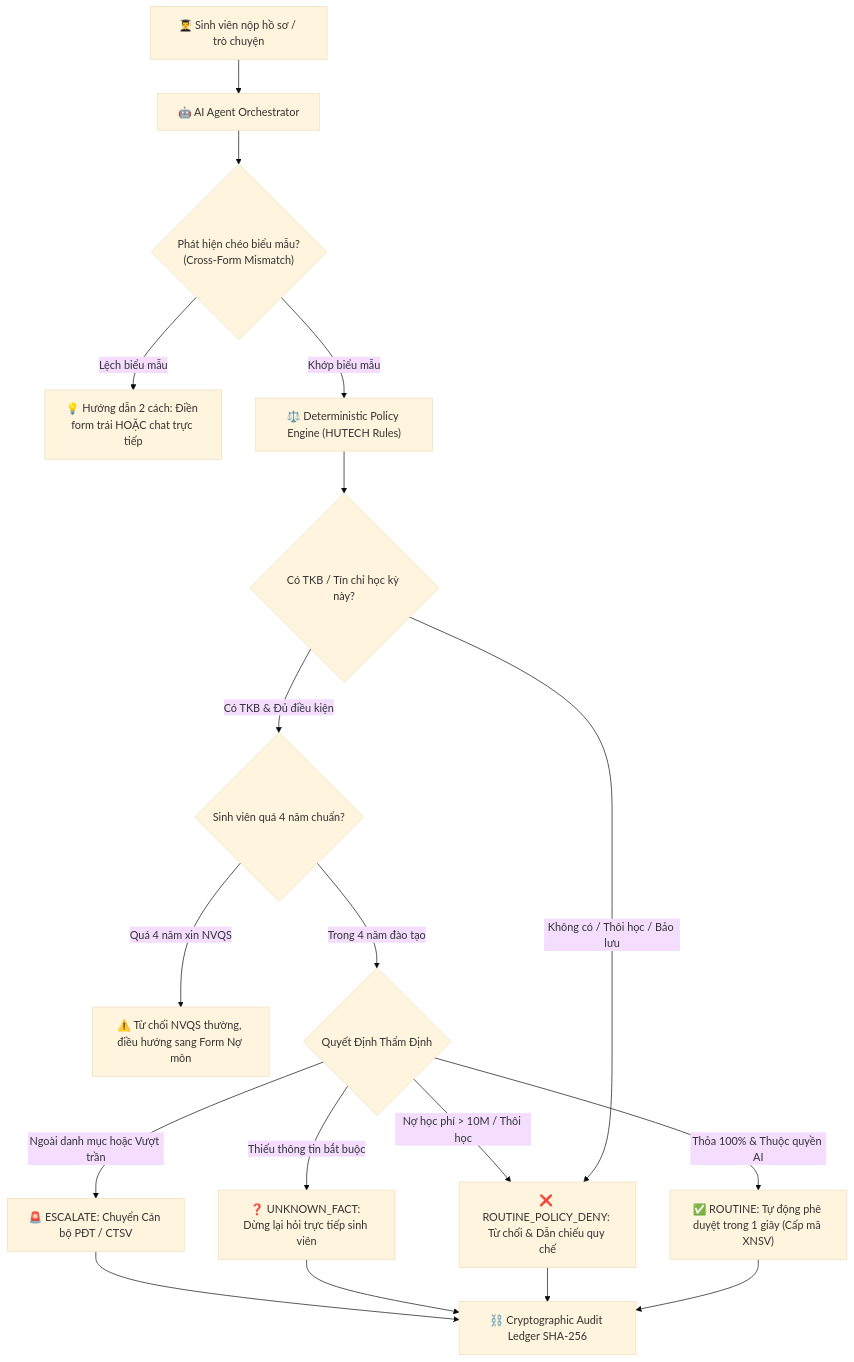
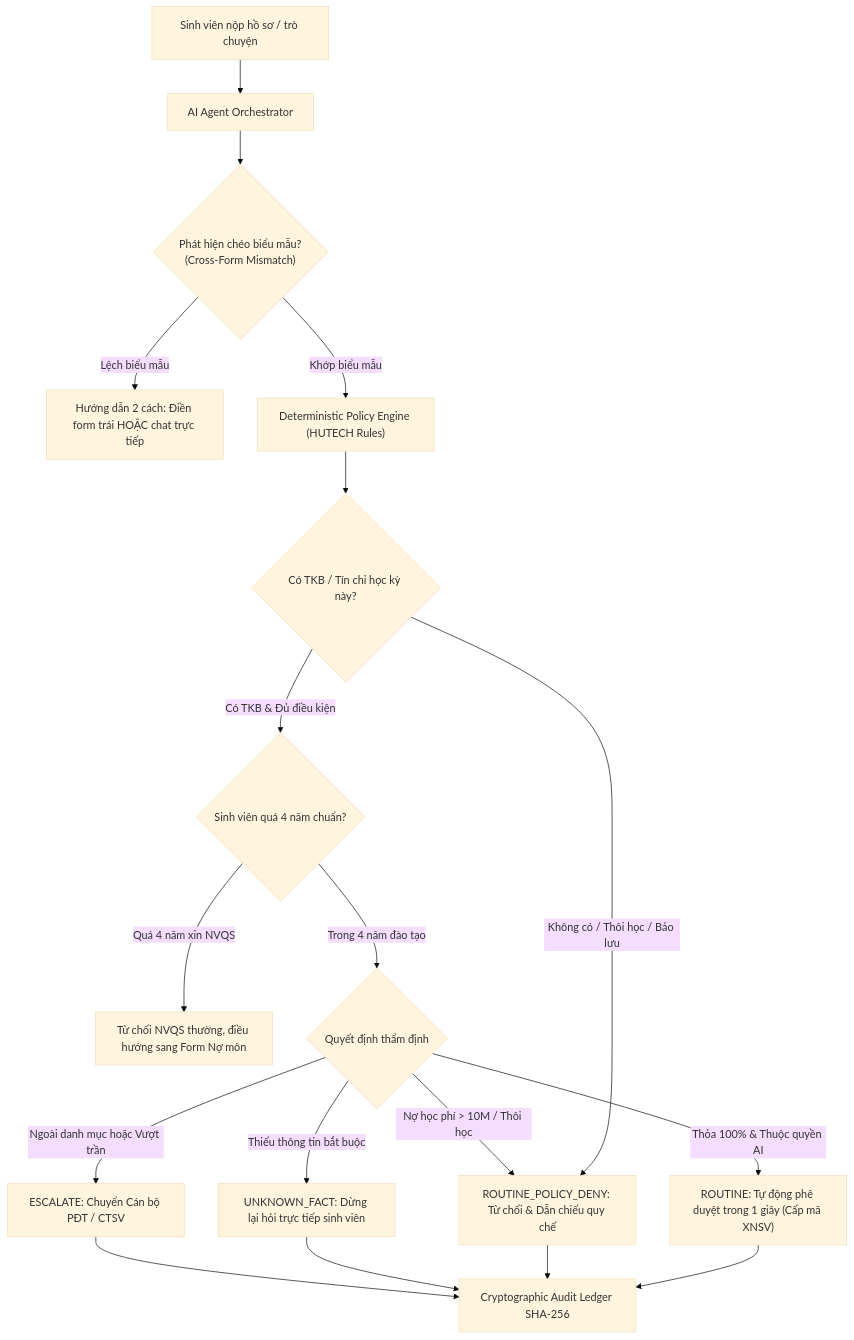
The first of 3 diagrams in README.md (HuuNhan-147/EduRef_AI_Agent), drawn with Mermaid (base theme) before and after one commit. The commit also changed other lines of this file and 18 other files, not shown here.

````diff
--- a/README.md
+++ b/README.md
@@ -62,24 +66,24 @@
 ```mermaid
 graph TD
-    User["👨‍🎓 Sinh viên nộp hồ sơ / trò chuyện"] --> Agent["🤖 AI Agent Orchestrator"]
+    User["Sinh viên nộp hồ sơ / trò chuyện"] --> Agent["AI Agent Orchestrator"]
     Agent --> IntentCheck{"Phát hiện chéo biểu mẫu?<br/>(Cross-Form Mismatch)"}
-    IntentCheck -->|"Lệch biểu mẫu"| ClarifyForm["💡 Hướng dẫn 2 cách: Điền form trái HOẶC chat trực tiếp"]
-    IntentCheck -->|"Khớp biểu mẫu"| Policy["⚖️ Deterministic Policy Engine (HUTECH Rules)"]
+    IntentCheck -->|"Lệch biểu mẫu"| ClarifyForm["Hướng dẫn 2 cách: Điền form trái HOẶC chat trực tiếp"]
+    IntentCheck -->|"Khớp biểu mẫu"| Policy["Deterministic Policy Engine (HUTECH Rules)"]
     
     Policy --> ScheduleCheck{"Có TKB / Tín chỉ học kỳ này?"}
-    ScheduleCheck -->|"Không có / Thôi học / Bảo lưu"| REJECT["❌ ROUTINE_POLICY_DENY: Từ chối & Dẫn chiếu quy chế"]
+    ScheduleCheck -->|"Không có / Thôi học / Bảo lưu"| REJECT["ROUTINE_POLICY_DENY: Từ chối & Dẫn chiếu quy chế"]
     ScheduleCheck -->|"Có TKB & Đủ điều kiện"| Over4Years{"Sinh viên quá 4 năm chuẩn?"}
     
-    Over4Years -->|"Quá 4 năm xin NVQS"| RedirectDebt["⚠️ Từ chối NVQS thường, điều hướng sang Form Nợ môn"]
-    Over4Years -->|"Trong 4 năm đào tạo"| Decisions{"Quyết Định Thẩm Định"}
+    Over4Years -->|"Quá 4 năm xin NVQS"| RedirectDebt["Từ chối NVQS thường, điều hướng sang Form Nợ môn"]
+    Over4Years -->|"Trong 4 năm đào tạo"| Decisions{"Quyết định thẩm định"}
     
-    Decisions -->|"Thỏa 100% & Thuộc quyền AI"| AUTO["✅ ROUTINE: Tự động phê duyệt trong 1 giây (Cấp mã XNSV)"]
-    Decisions -->|"Thiếu thông tin bắt buộc"| ASK["❓ UNKNOWN_FACT: Dừng lại hỏi trực tiếp sinh viên"]
+    Decisions -->|"Thỏa 100% & Thuộc quyền AI"| AUTO["ROUTINE: Tự động phê duyệt trong 1 giây (Cấp mã XNSV)"]
+    Decisions -->|"Thiếu thông tin bắt buộc"| ASK["UNKNOWN_FACT: Dừng lại hỏi trực tiếp sinh viên"]
     Decisions -->|"Nợ học phí > 10M / Thôi học"| REJECT
-    Decisions -->|"Ngoài danh mục hoặc Vượt trần"| ESCALATE["🚨 ESCALATE: Chuyển Cán bộ PĐT / CTSV"]
+    Decisions -->|"Ngoài danh mục hoặc Vượt trần"| ESCALATE["ESCALATE: Chuyển Cán bộ PĐT / CTSV"]
     
-    AUTO --> Audit["⛓️ Cryptographic Audit Ledger SHA-256"]
+    AUTO --> Audit["Cryptographic Audit Ledger SHA-256"]
     REJECT --> Audit
     ASK --> Audit
     ESCALATE --> Audit
 ```
````
